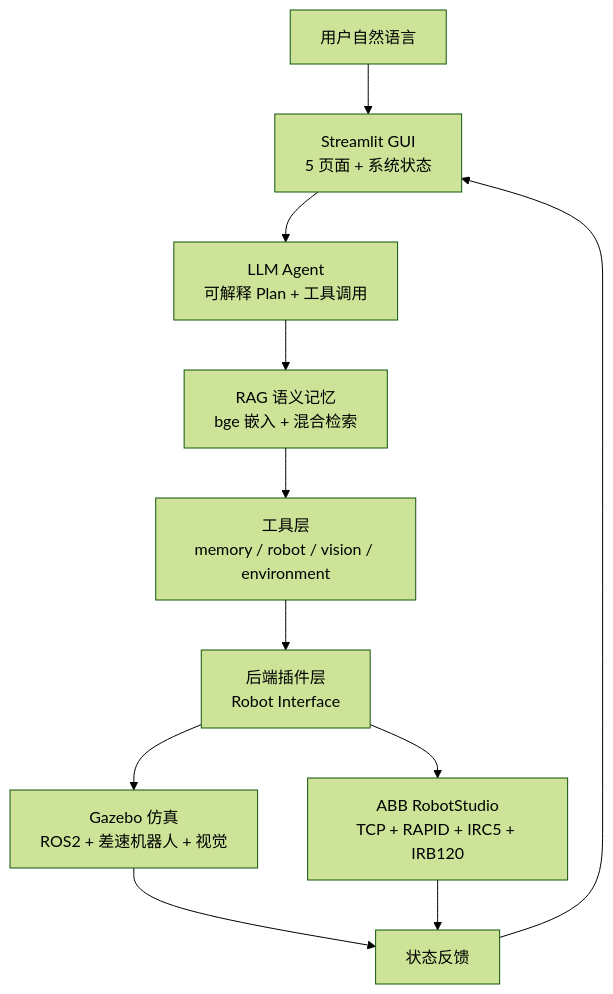
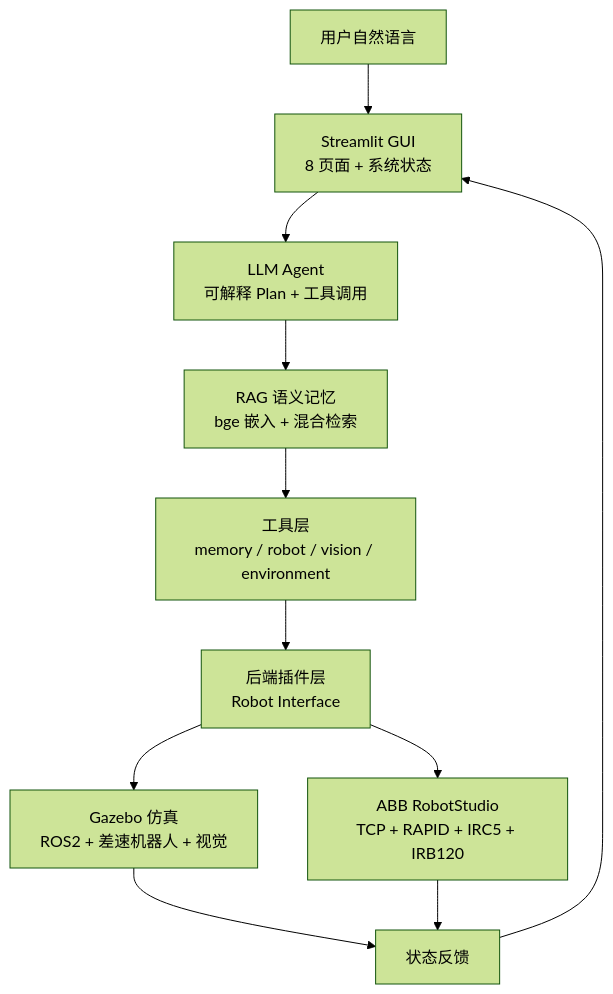
One commit to jxql-airobot/AI-Robot-Demo changed the diagram in README.md. Above: the diagram before and after it, drawn with Mermaid (forest theme). The commit also changed other lines of this file and 8 other files, not shown here.

````diff
--- a/README.md
+++ b/README.md
@@ -48,13 +48,13 @@
 ```mermaid
 flowchart TD
-    U[用户自然语言] --> G[Streamlit GUI<br/>5 页面 + 系统状态]
+    U[用户自然语言] --> G[Streamlit GUI<br/>8 页面 + 系统状态]
     G --> A[LLM Agent<br/>可解释 Plan + 工具调用]
     A --> R[RAG 语义记忆<br/>bge 嵌入 + 混合检索]
     R --> T[工具层<br/>memory / robot / vision / environment]
     T --> B[后端插件层<br/>Robot Interface]
     B --> GA[Gazebo 仿真<br/>ROS2 + 差速机器人 + 视觉]
     B --> RS[ABB RobotStudio<br/>TCP + RAPID + IRC5 + IRB120]
     GA --> FB[状态反馈]
     RS --> FB
     FB --> G
 ```
````
